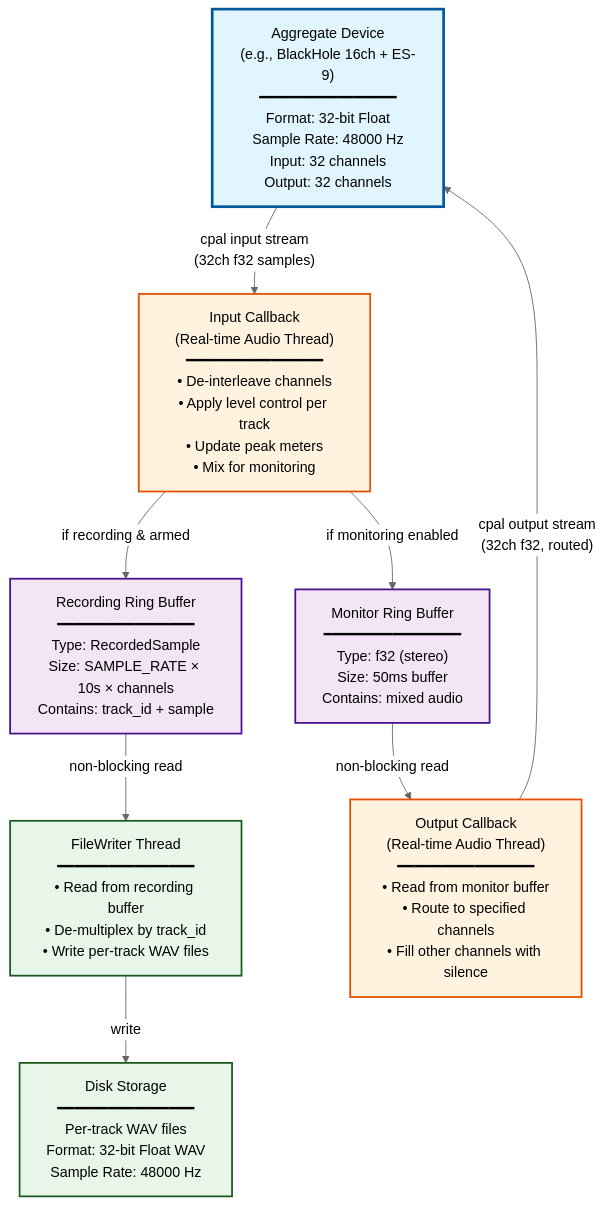
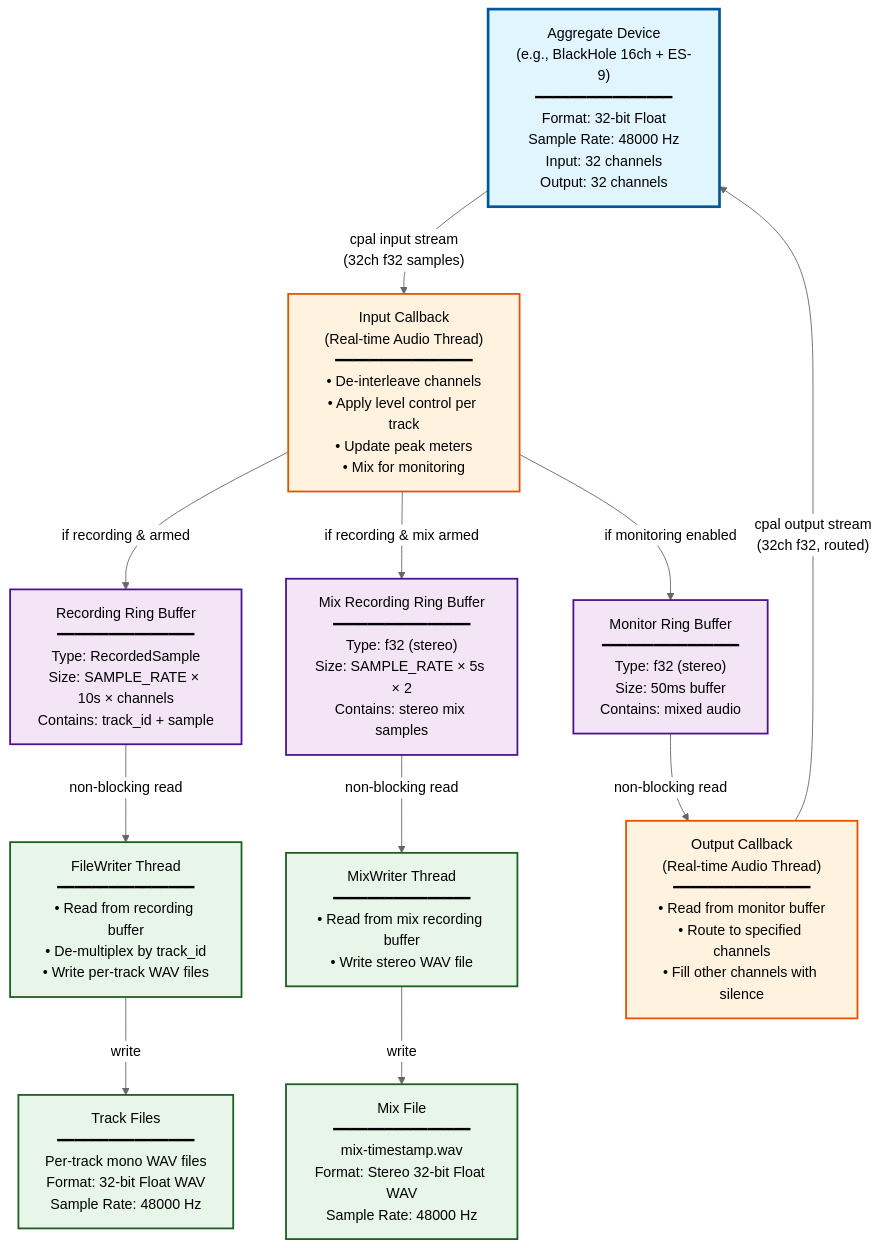
One commit to odaacabeef/stems changed the diagram in docs/architecture.md. Above: the diagram before and after it, drawn with Mermaid (neutral theme). The commit also changed other lines of this file and 2 other files, not shown here.

````diff
--- a/docs/architecture.md
+++ b/docs/architecture.md
@@ -17,45 +18,55 @@
 ```mermaid
 graph TB
     %% Aggregate Device
     AggregateDevice["Aggregate Device<br/>(e.g., BlackHole 16ch + ES-9)<br/>━━━━━━━━━━━━━━━━<br/>Format: 32-bit Float<br/>Sample Rate: 48000 Hz<br/>Input: 32 channels<br/>Output: 32 channels"]
 
     %% Input Stream
     InputCallback["Input Callback<br/>(Real-time Audio Thread)<br/>━━━━━━━━━━━━━━━━<br/>• De-interleave channels<br/>• Apply level control per track<br/>• Update peak meters<br/>• Mix for monitoring"]
 
     %% Ring Buffers
     RecordingBuffer["Recording Ring Buffer<br/>━━━━━━━━━━━━━━━━<br/>Type: RecordedSample<br/>Size: SAMPLE_RATE × 10s × channels<br/>Contains: track_id + sample"]
 
     MonitorBuffer["Monitor Ring Buffer<br/>━━━━━━━━━━━━━━━━<br/>Type: f32 (stereo)<br/>Size: 50ms buffer<br/>Contains: mixed audio"]
 
-    %% File Writer
+    MixRecordingBuffer["Mix Recording Ring Buffer<br/>━━━━━━━━━━━━━━━━<br/>Type: f32 (stereo)<br/>Size: SAMPLE_RATE × 5s × 2<br/>Contains: stereo mix samples"]
+
+    %% File Writers
     FileWriter["FileWriter Thread<br/>━━━━━━━━━━━━━━━━<br/>• Read from recording buffer<br/>• De-multiplex by track_id<br/>• Write per-track WAV files"]
+
+    MixWriter["MixWriter Thread<br/>━━━━━━━━━━━━━━━━<br/>• Read from mix recording buffer<br/>• Write stereo WAV file"]
 
     %% Output Callback
     OutputCallback["Output Callback<br/>(Real-time Audio Thread)<br/>━━━━━━━━━━━━━━━━<br/>• Read from monitor buffer<br/>• Route to specified channels<br/>• Fill other channels with silence"]
 
     %% Disk
-    Disk["Disk Storage<br/>━━━━━━━━━━━━━━━━<br/>Per-track WAV files<br/>Format: 32-bit Float WAV<br/>Sample Rate: 48000 Hz"]
+    TrackFiles["Track Files<br/>━━━━━━━━━━━━━━━━<br/>Per-track mono WAV files<br/>Format: 32-bit Float WAV<br/>Sample Rate: 48000 Hz"]
+
+    MixFile["Mix File<br/>━━━━━━━━━━━━━━━━<br/>mix-timestamp.wav<br/>Format: Stereo 32-bit Float WAV<br/>Sample Rate: 48000 Hz"]
 
     %% Connections
     AggregateDevice -->|"cpal input stream<br/>(32ch f32 samples)"| InputCallback
 
     InputCallback -->|"if recording &amp; armed"| RecordingBuffer
     InputCallback -->|"if monitoring enabled"| MonitorBuffer
+    InputCallback -->|"if recording &amp; mix armed"| MixRecordingBuffer
 
     RecordingBuffer -->|"non-blocking read"| FileWriter
-    FileWriter -->|"write"| Disk
+    FileWriter -->|"write"| TrackFiles
+
+    MixRecordingBuffer -->|"non-blocking read"| MixWriter
+    MixWriter -->|"write"| MixFile
 
     MonitorBuffer -->|"non-blocking read"| OutputCallback
     OutputCallback -->|"cpal output stream<br/>(32ch f32, routed)"| AggregateDevice
 
     %% Styling
     classDef device fill:#e1f5ff,stroke:#01579b,stroke-width:3px
     classDef callback fill:#fff3e0,stroke:#e65100,stroke-width:2px
     classDef buffer fill:#f3e5f5,stroke:#4a148c,stroke-width:2px
     classDef storage fill:#e8f5e9,stroke:#1b5e20,stroke-width:2px
 
     class AggregateDevice device
     class InputCallback,OutputCallback callback
-    class RecordingBuffer,MonitorBuffer buffer
-    class FileWriter,Disk storage
+    class RecordingBuffer,MonitorBuffer,MixRecordingBuffer buffer
+    class FileWriter,MixWriter,TrackFiles,MixFile storage
 ```
````
